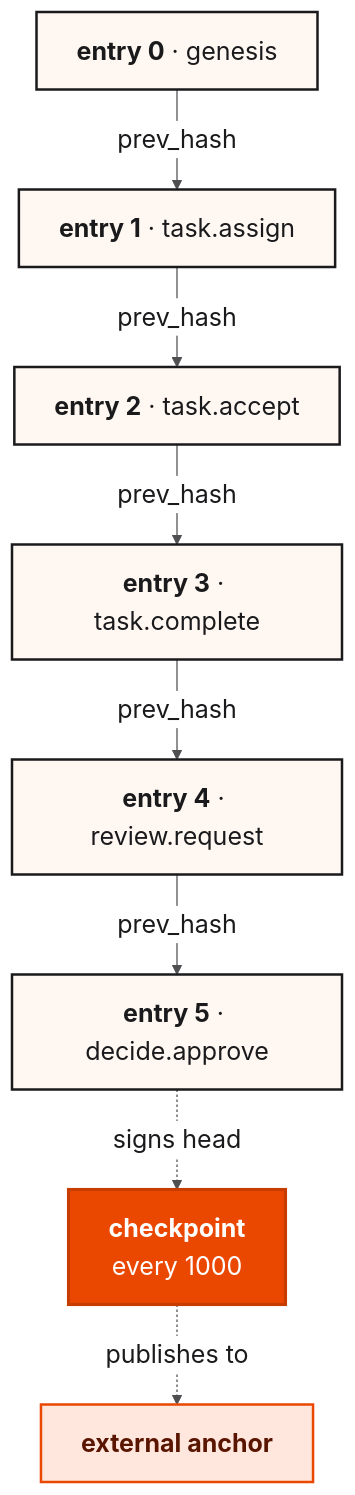
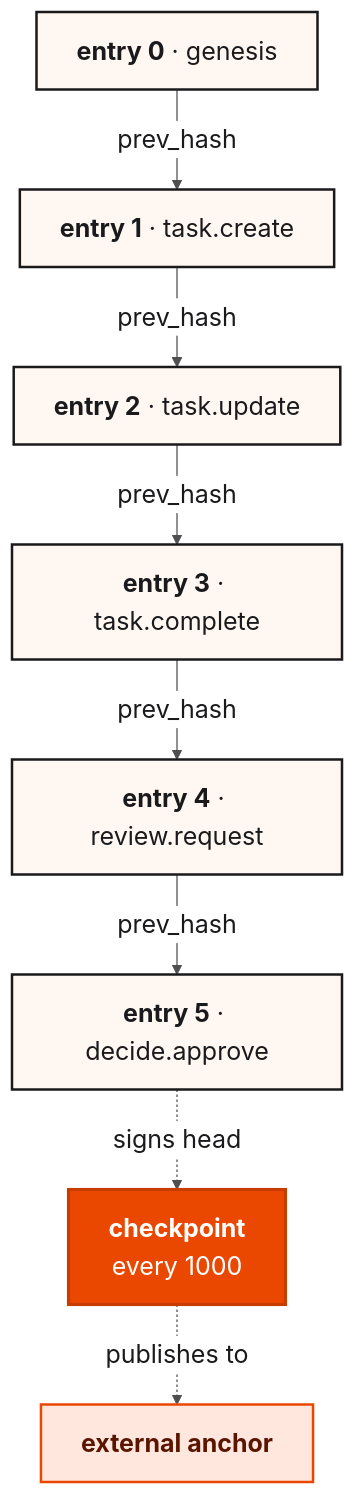
One commit to BrightbeamAI/chap changed the fourth of 9 diagrams in ARCHITECTURE.md. Above: the diagram before and after it, drawn with Mermaid. The commit also changed other lines of this file and 22 other files, not shown here.

````diff
--- a/ARCHITECTURE.md
+++ b/ARCHITECTURE.md
@@ -217,35 +225,35 @@
 ```mermaid
 %%{init: {
   "theme": "base",
   "themeVariables": {
     "fontSize": "20px",
     "fontFamily": "Arial, Helvetica, sans-serif",
     "primaryColor": "#ffffff",
     "primaryTextColor": "#1a1a1c",
     "primaryBorderColor": "#1a1a1c",
     "lineColor": "#4f4f52"
   },
   "flowchart": { "curve": "linear", "nodeSpacing": 50, "rankSpacing": 50, "padding": 16 }
 }}%%
 flowchart TB
     classDef entry  fill:#FFF8F2,stroke:#1a1a1c,stroke-width:2px,color:#1a1a1c
     classDef chkpt  fill:#EA4700,stroke:#C73D00,stroke-width:2.5px,color:#ffffff
     classDef anchor fill:#FFE7DD,stroke:#EA4700,stroke-width:2px,color:#5a1500
 
     E0["<b>entry 0</b> · genesis"]:::entry
-    E1["<b>entry 1</b> · task.assign"]:::entry
-    E2["<b>entry 2</b> · task.accept"]:::entry
+    E1["<b>entry 1</b> · task.create"]:::entry
+    E2["<b>entry 2</b> · task.update"]:::entry
     E3["<b>entry 3</b> · task.complete"]:::entry
     E4["<b>entry 4</b> · review.request"]:::entry
     E5["<b>entry 5</b> · decide.approve"]:::entry
     CK["<b>checkpoint</b><br/>every 1000"]:::chkpt
     AN["<b>external anchor</b>"]:::anchor
 
     E0 -->|prev_hash| E1
     E1 -->|prev_hash| E2
     E2 -->|prev_hash| E3
     E3 -->|prev_hash| E4
     E4 -->|prev_hash| E5
     E5 -. signs head .-> CK
     CK -. publishes to .-> AN
 ```
````
